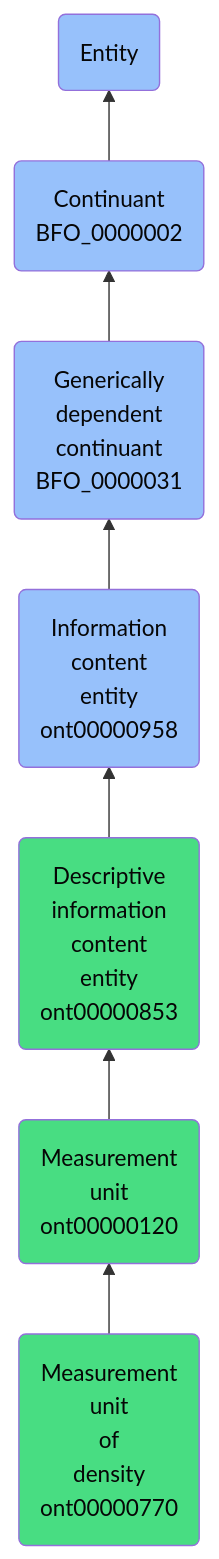
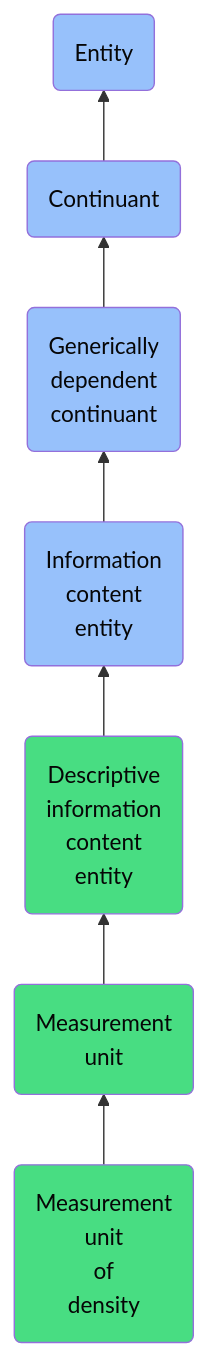
One commit to jupyter-naas/abi changed the diagram in docs/ontology/reference/model/Entity/Continuant/Generically dependent continuant/Information content entity/Descriptive information content entity/Measurement unit/Measurement unit of density/Measurement unit of density.md. Above: the diagram before and after it, drawn with Mermaid. The commit also changed other lines of this file and 1430 other files, not shown here.

````diff
--- a/docs/ontology/reference/model/Entity/Continuant/Generically dependent continuant/Information content entity/Descriptive information content entity/Measurement unit/Measurement unit of density/Measurement unit of density.md
+++ b/docs/ontology/reference/model/Entity/Continuant/Generically dependent continuant/Information content entity/Descriptive information content entity/Measurement unit/Measurement unit of density/Measurement unit of density.md
@@ -24,14 +24,14 @@
 ```mermaid
 graph BT
-    ont00000770(Measurement<br>unit<br>of<br>density<br>ont00000770):::ABI-->ont00000120
-    ont00000120(Measurement<br>unit<br>ont00000120):::ABI-->ont00000853
-    ont00000853(Descriptive<br>information<br>content<br>entity<br>ont00000853):::ABI-->ont00000958
-    ont00000958(Information<br>content<br>entity<br>ont00000958):::BFO-->BFO_0000031
-    BFO_0000031(Generically<br>dependent<br>continuant<br>BFO_0000031):::BFO-->BFO_0000002
-    BFO_0000002(Continuant<br>BFO_0000002):::BFO-->BFO_0000001
+    ont00000770(Measurement<br>unit<br>of<br>density):::ABI-->ont00000120
+    ont00000120(Measurement<br>unit):::ABI-->ont00000853
+    ont00000853(Descriptive<br>information<br>content<br>entity):::ABI-->ont00000958
+    ont00000958(Information<br>content<br>entity):::BFO-->BFO_0000031
+    BFO_0000031(Generically<br>dependent<br>continuant):::BFO-->BFO_0000002
+    BFO_0000002(Continuant):::BFO-->BFO_0000001
     BFO_0000001(Entity):::BFO
     
     classDef BFO fill:#97c1fb,color:#060606
     classDef CCO fill:#e4c51e,color:#060606
     classDef ABI fill:#48DD82,color:#060606
 ```
````
